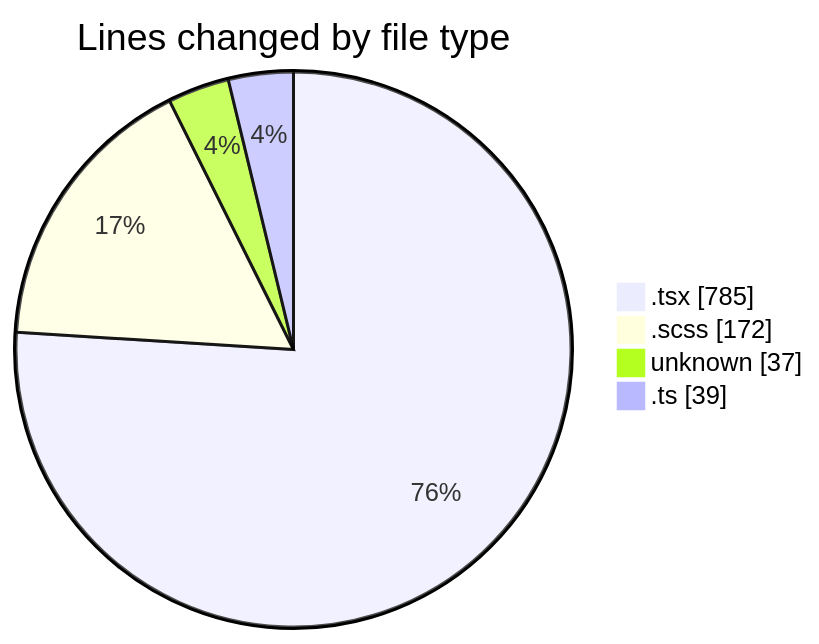
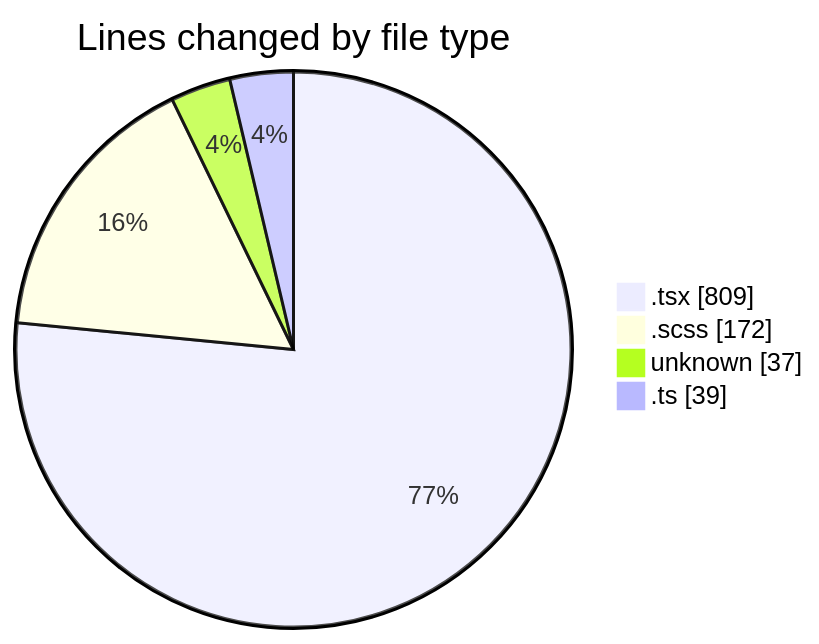
The first of 2 diagrams in 2025-09-16/cda/README.md (momahboobian/code-tracking), drawn with Mermaid before and after one commit. The commit also changed other lines of this file and 1 other file, not shown here.

````diff
--- a/2025-09-16/cda/README.md
+++ b/2025-09-16/cda/README.md
@@ -25,8 +25,8 @@
 ```mermaid
 pie showData
 title Lines changed by file type
-".tsx" : 785
+".tsx" : 809
 ".scss" : 172
 "unknown" : 37
 ".ts" : 39
 ```
````
